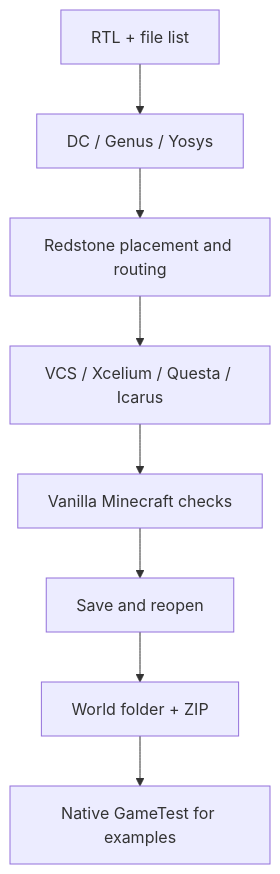
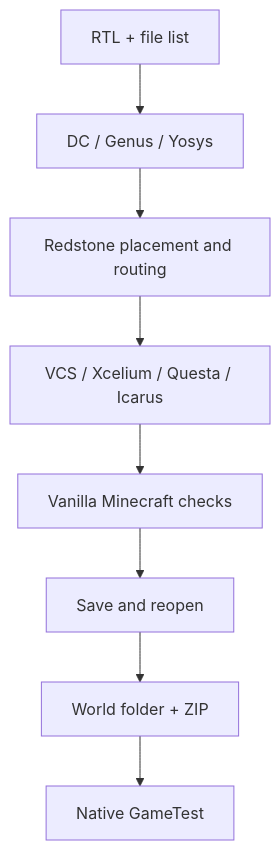
Before and after one commit to NTP17/rtl2mc: the diagram in README.md, drawn with Mermaid.

````diff
--- a/README.md
+++ b/README.md
@@ -12,10 +12,10 @@
 ```mermaid
 flowchart TD
     RTL[RTL + file list] --> SYN[DC / Genus / Yosys]
     SYN --> MAP[Redstone placement and routing]
     MAP --> SIM[VCS / Xcelium / Questa / Icarus]
     SIM --> MC[Vanilla Minecraft checks]
     MC --> SAVE[Save and reopen]
     SAVE --> WORLD[World folder + ZIP]
-    WORLD --> GT[Native GameTest for examples]
+    WORLD --> GT[Native GameTest]
 ```
````
